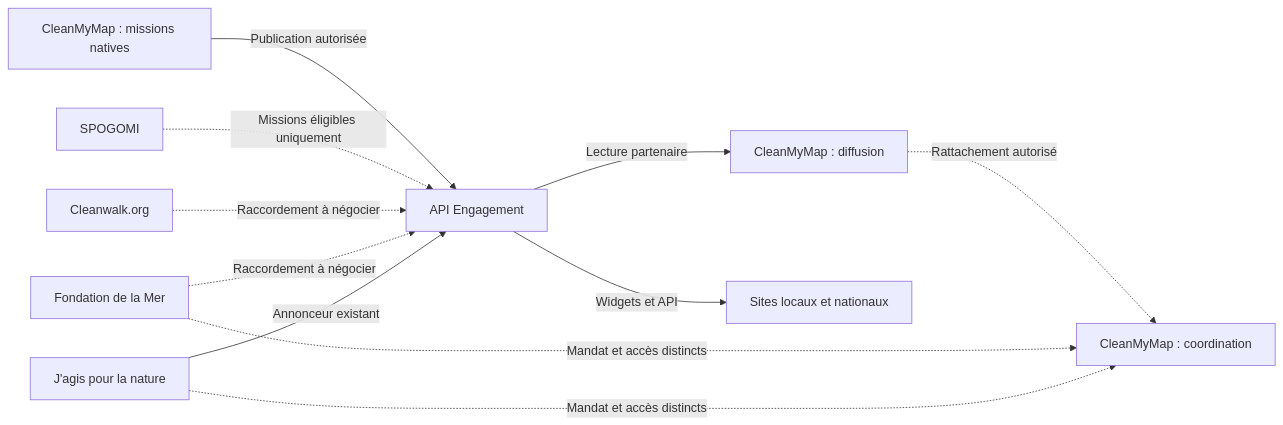
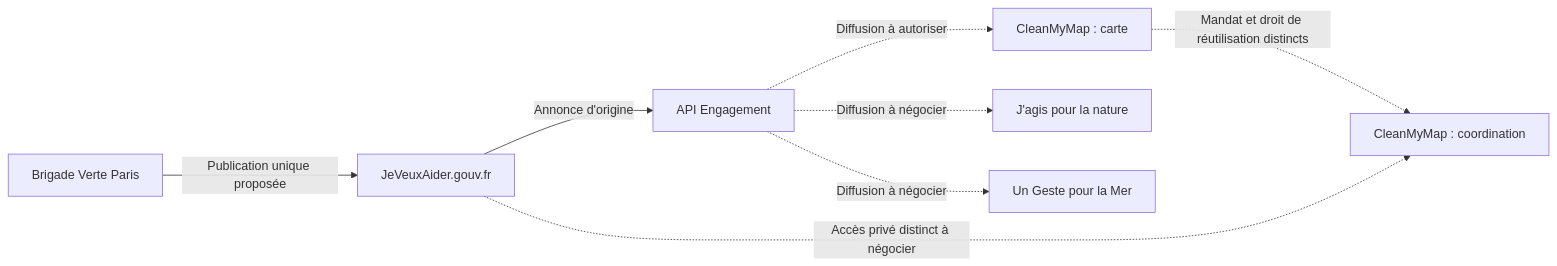
The diagram in documentation/plans/interoperabilite-api-engagement.md (maxd4/CleanmyMap), drawn with Mermaid before and after one commit. The commit also changed other lines of this file and 2 other files, not shown here.

First line of the commit message:
docs(plans): recentrer le pilote sur la publication unique des collectes

````diff
--- a/documentation/plans/interoperabilite-api-engagement.md
+++ b/documentation/plans/interoperabilite-api-engagement.md
@@ -57,13 +57,10 @@
 ```mermaid
 flowchart LR
-    J[J'agis pour la nature] -->|Annonceur existant| A[API Engagement]
-    F[Fondation de la Mer] -.->|Raccordement à négocier| A
-    W[Cleanwalk.org] -.->|Raccordement à négocier| A
-    S[SPOGOMI] -.->|Missions éligibles uniquement| A
-    A -->|Lecture partenaire| D[CleanMyMap : diffusion]
-    N[CleanMyMap : missions natives] -->|Publication autorisée| A
-    A -->|Widgets et API| L[Sites locaux et nationaux]
-    J -.->|Mandat et accès distincts| O[CleanMyMap : coordination]
-    F -.->|Mandat et accès distincts| O
-    D -.->|Rattachement autorisé| O
+    B[Brigade Verte Paris] -->|Publication unique proposée| J[JeVeuxAider.gouv.fr]
+    J -->|Annonce d'origine| A[API Engagement]
+    A -.->|Diffusion à autoriser| C[CleanMyMap : carte]
+    A -.->|Diffusion à négocier| F[J'agis pour la nature]
+    A -.->|Diffusion à négocier| M[Un Geste pour la Mer]
+    C -.->|Mandat et droit de réutilisation distincts| O[CleanMyMap : coordination]
+    J -.->|Accès privé distinct à négocier| O
 ```
````
